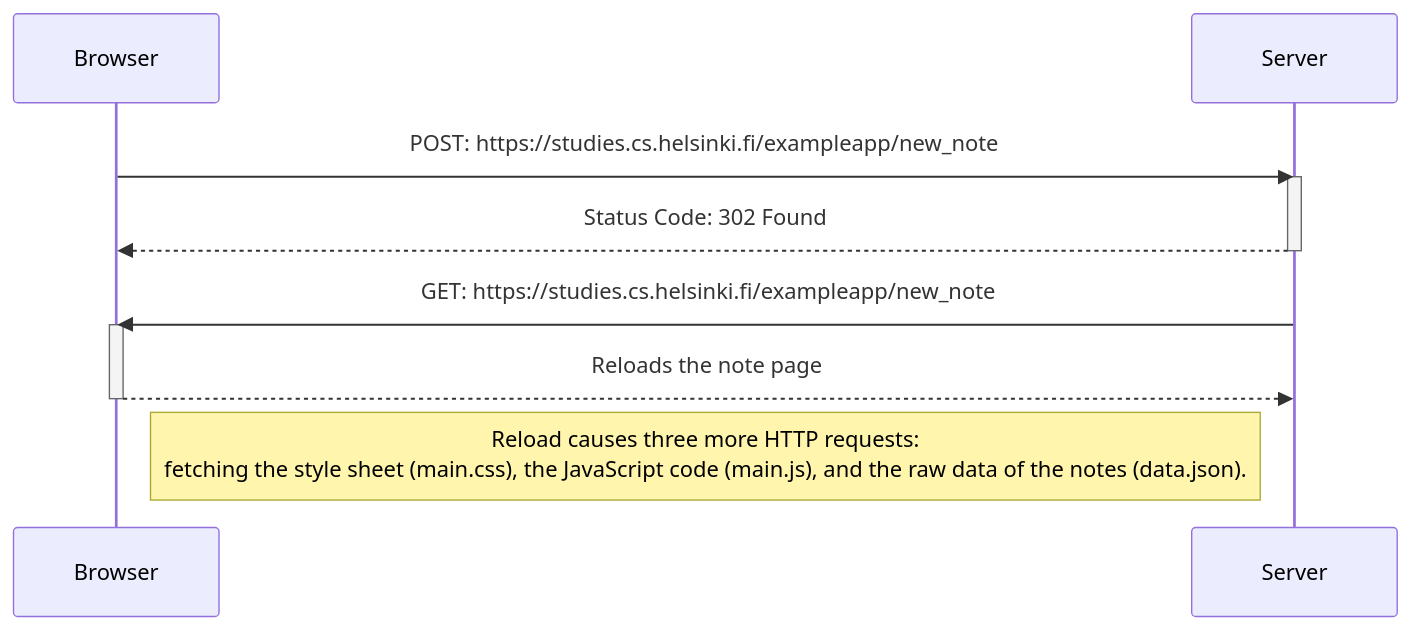
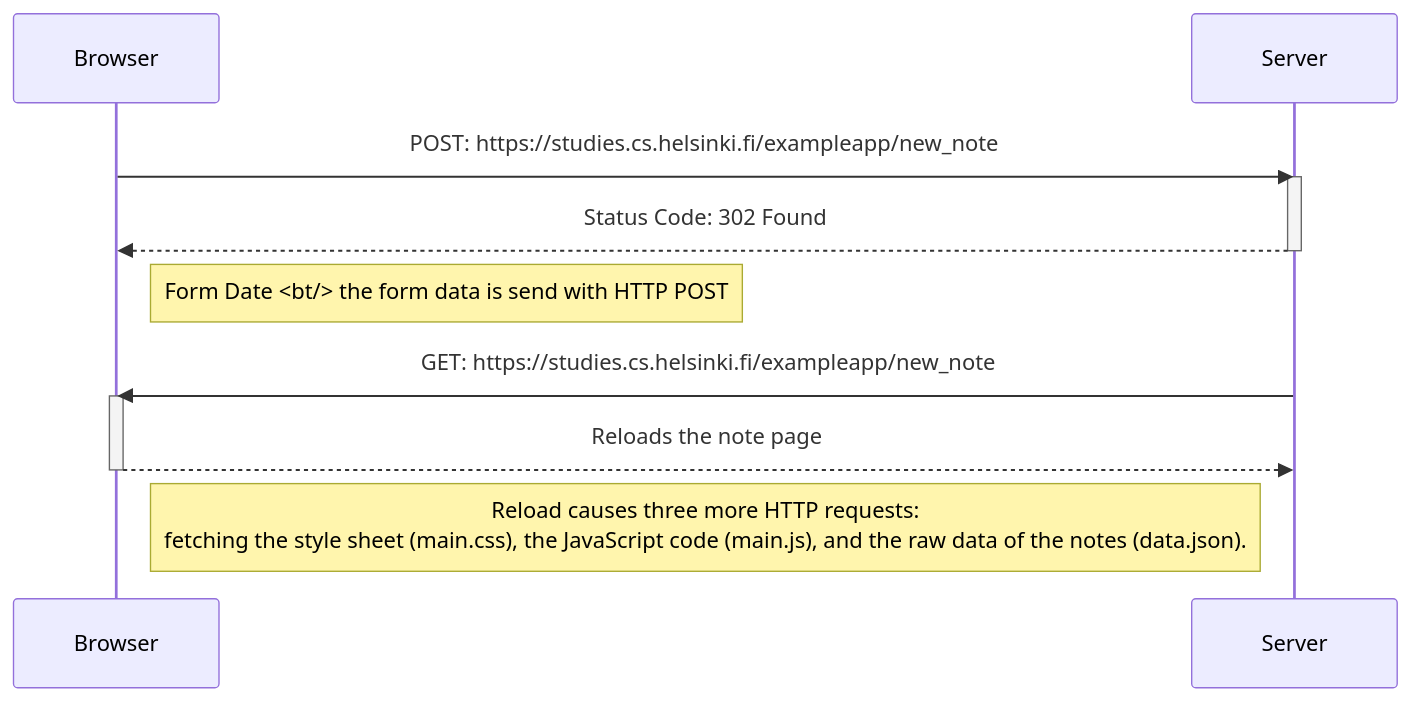
Before and after one commit to rahul-004x/fsopen-containers: the diagram in Part0/new-note-diagram.md, drawn with Mermaid.

````diff
--- a/Part0/new-note-diagram.md
+++ b/Part0/new-note-diagram.md
@@ -1,20 +1,22 @@
 ```mermaid
 
 sequenceDiagram
     participant Browser
     participant Server
 
     Browser->>Server: POST: https://studies.cs.helsinki.fi/exampleapp/new_note
     activate Server
     Server-->>Browser: Status Code: 302 Found
     deactivate Server
 
+    Note right of Browser: Form Date <bt/> the form data is send with HTTP POST
+
     Server->>Browser: GET: https://studies.cs.helsinki.fi/exampleapp/new_note
     activate Browser
     Browser-->>Server: Reloads the note page
     deactivate Browser
 
     Note right of Browser: Reload causes three more HTTP requests:<br/> fetching the style sheet (main.css), the JavaScript code (main.js), and the raw data of the notes (data.json).
 
 
 ```
````
